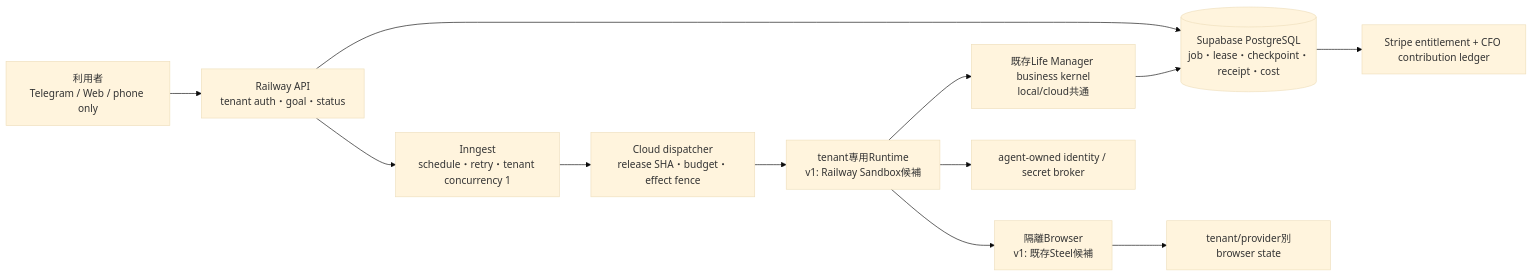
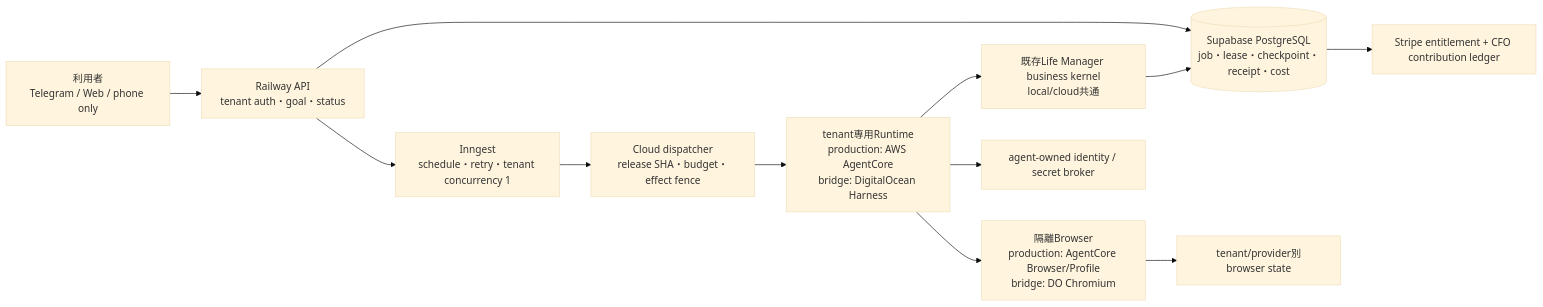
The first of 2 diagrams in docs/superpowers/specs/2026-09-28-life-manager-agentcore-cloud-design.md (Daisuke134/life-manager), drawn with Mermaid (base theme) before and after one commit. The commit also changed other lines of this file and 1 other file, not shown here.

Commit message:
docs: fix cloud production target and live bridge

````diff
--- a/docs/superpowers/specs/2026-09-28-life-manager-agentcore-cloud-design.md
+++ b/docs/superpowers/specs/2026-09-28-life-manager-agentcore-cloud-design.md
@@ -13,14 +13,14 @@
 ```mermaid
 flowchart LR
   U[利用者<br/>Telegram / Web / phone only] --> API[Railway API<br/>tenant auth・goal・status]
   API --> PG[(Supabase PostgreSQL<br/>job・lease・checkpoint・receipt・cost)]
   API --> Q[Inngest<br/>schedule・retry・tenant concurrency 1]
   Q --> D[Cloud dispatcher<br/>release SHA・budget・effect fence]
-  D --> R[tenant専用Runtime<br/>v1: Railway Sandbox候補]
+  D --> R[tenant専用Runtime<br/>production: AWS AgentCore<br/>bridge: DigitalOcean Harness]
   R --> K[既存Life Manager business kernel<br/>local/cloud共通]
-  R --> B[隔離Browser<br/>v1: 既存Steel候補]
+  R --> B[隔離Browser<br/>production: AgentCore Browser/Profile<br/>bridge: DO Chromium]
   B --> BP[tenant/provider別browser state]
   R --> ID[agent-owned identity / secret broker]
   K --> PG
   PG --> BILL[Stripe entitlement + CFO contribution ledger]
 ```
````
